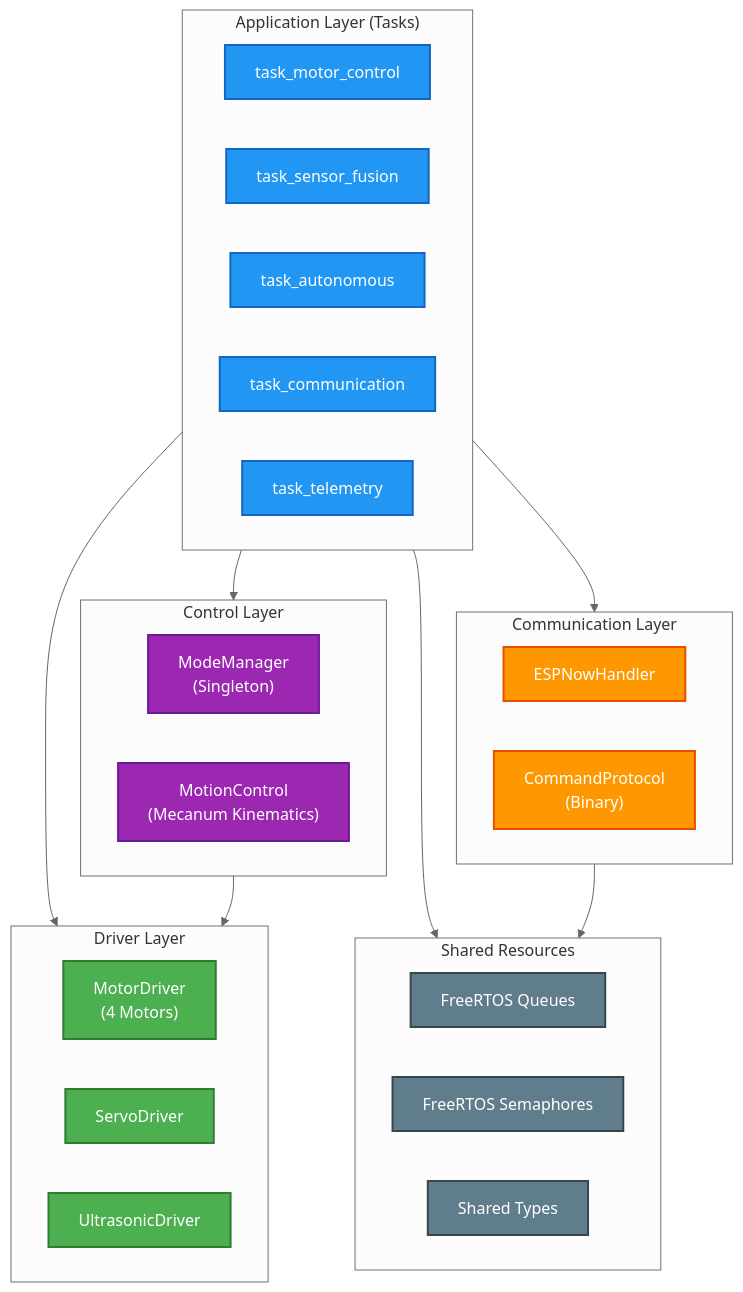
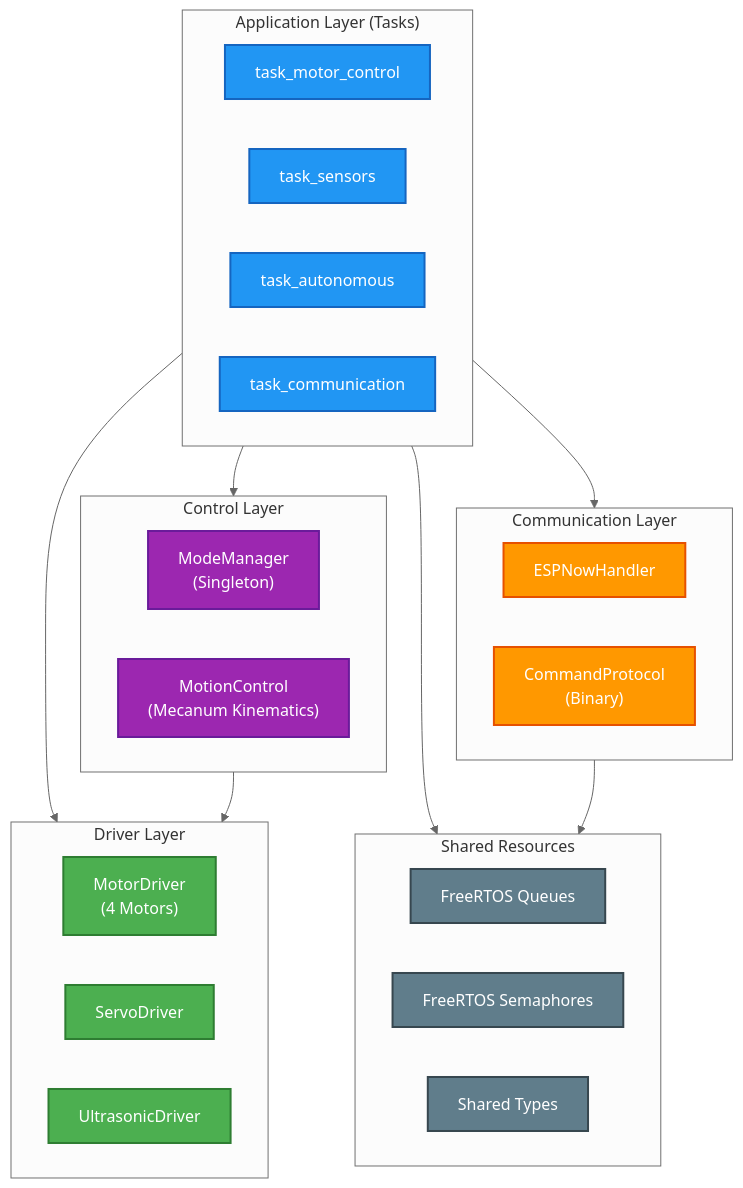
One commit to Yaniv23/final-project-gesture-car changed the seventh of 17 diagrams in docs/architecture.md. Above: the diagram before and after it, drawn with Mermaid (neutral theme). The commit also changed other lines of this file and 16 other files, not shown here.

````diff
--- a/docs/architecture.md
+++ b/docs/architecture.md
@@ -300,51 +283,50 @@
 ```mermaid
 graph TB
     subgraph ApplicationLayer["Application Layer (Tasks)"]
         MotorTask["task_motor_control"]
-        SensorTask["task_sensor_fusion"]
+        SensorTask["task_sensors"]
         AutoTask["task_autonomous"]
         CommTask["task_communication"]
-        TelemetryTask["task_telemetry"]
     end
     
     subgraph ControlLayer["Control Layer"]
         ModeManager["ModeManager<br/>(Singleton)"]
         MotionControl["MotionControl<br/>(Mecanum Kinematics)"]
     end
     
     subgraph DriverLayer["Driver Layer"]
         MotorDriver["MotorDriver<br/>(4 Motors)"]
         ServoDriver["ServoDriver"]
         UltrasonicDriver["UltrasonicDriver"]
     end
     
     subgraph CommunicationLayer["Communication Layer"]
         ESPNowHandler["ESPNowHandler"]
         CommandProtocol["CommandProtocol<br/>(Binary)"]
     end
     
     subgraph SharedLayer["Shared Resources"]
         Queues["FreeRTOS Queues"]
         Semaphores["FreeRTOS Semaphores"]
         Types["Shared Types"]
     end
     
     ApplicationLayer --> ControlLayer
     ApplicationLayer --> DriverLayer
     ApplicationLayer --> CommunicationLayer
     ApplicationLayer --> SharedLayer
     ControlLayer --> DriverLayer
     CommunicationLayer --> SharedLayer
     
     classDef app fill:#2196F3,stroke:#1565C0,stroke-width:2px,color:#fff
     classDef control fill:#9C27B0,stroke:#6A1B9A,stroke-width:2px,color:#fff
     classDef driver fill:#4CAF50,stroke:#2E7D32,stroke-width:2px,color:#fff
     classDef comm fill:#FF9800,stroke:#E65100,stroke-width:2px,color:#fff
     classDef shared fill:#607D8B,stroke:#37474F,stroke-width:2px,color:#fff
     
-    class SafetyTask,MotorTask,SensorTask,AutoTask,CommTask,TelemetryTask app
+    class MotorTask,SensorTask,AutoTask,CommTask app
     class ModeManager,MotionControl control
     class MotorDriver,ServoDriver,UltrasonicDriver driver
     class ESPNowHandler,CommandProtocol comm
     class Queues,Semaphores,Types shared
 ```
````
